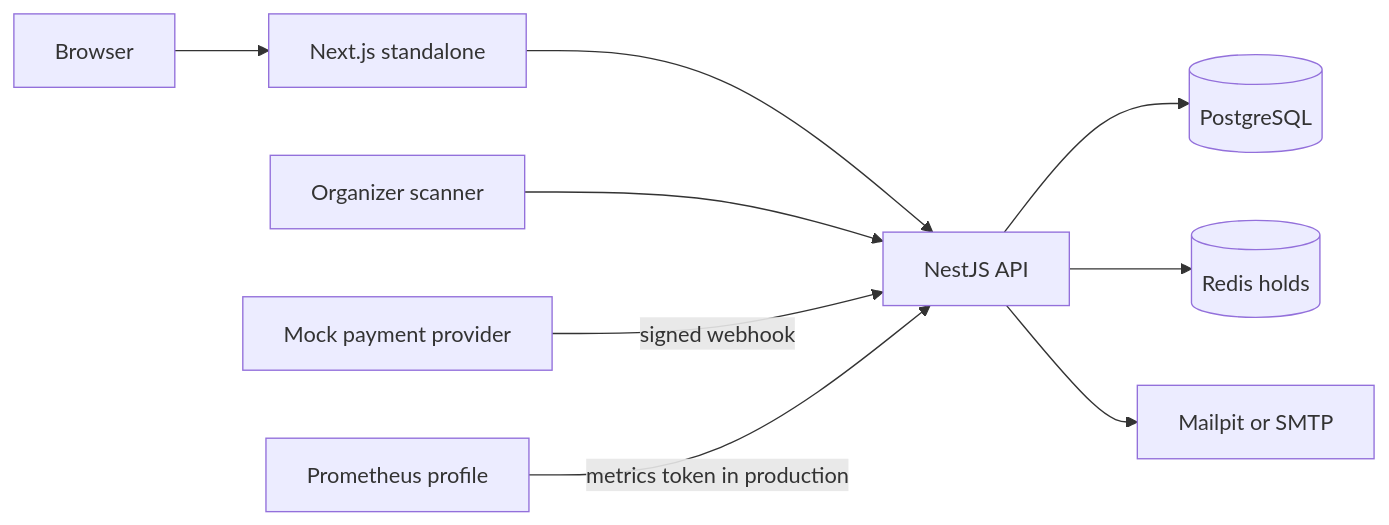
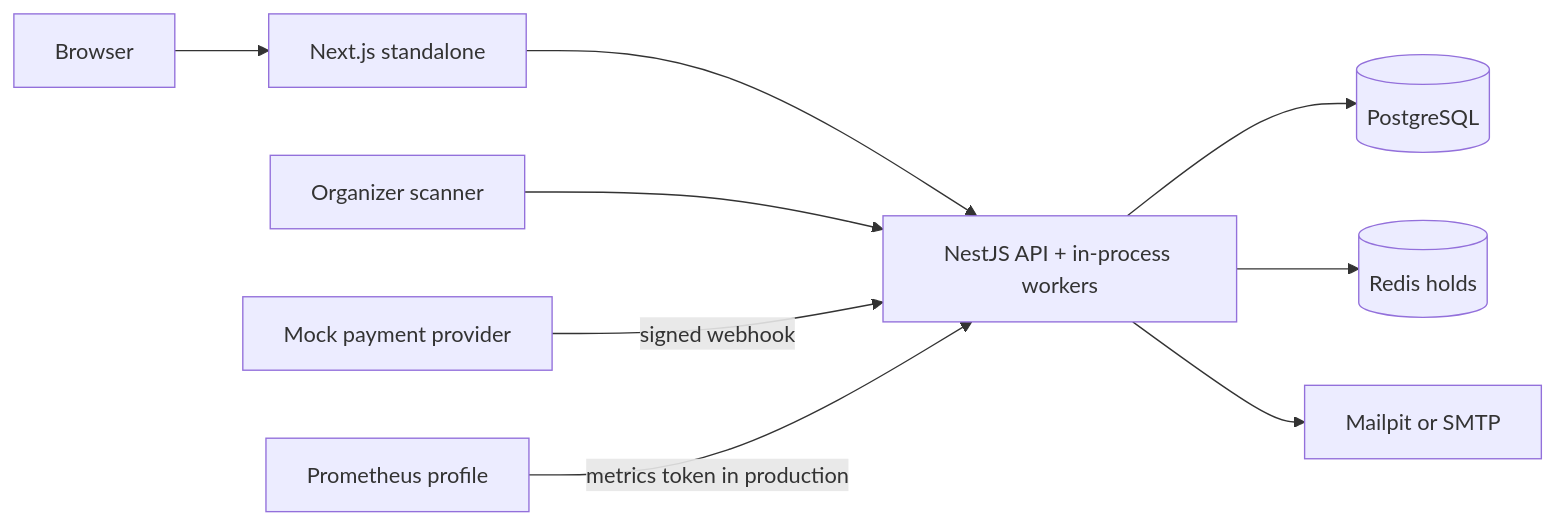
The diagram in docs/system-architecture.md (JasonTM17/Eventory), drawn with Mermaid before and after one commit. The commit also changed other lines of this file and 34 other files, not shown here.

````diff
--- a/docs/system-architecture.md
+++ b/docs/system-architecture.md
@@ -12,11 +13,11 @@
 ```mermaid
 flowchart LR
   browser[Browser] --> web[Next.js standalone]
-  web --> api[NestJS API]
+  web --> api[NestJS API + in-process workers]
   scanner[Organizer scanner] --> api
   api --> db[(PostgreSQL)]
   api --> redis[(Redis holds)]
   api --> mail[Mailpit or SMTP]
   provider[Mock payment provider] -->|signed webhook| api
   prometheus[Prometheus profile] -->|metrics token in production| api
 ```
````
